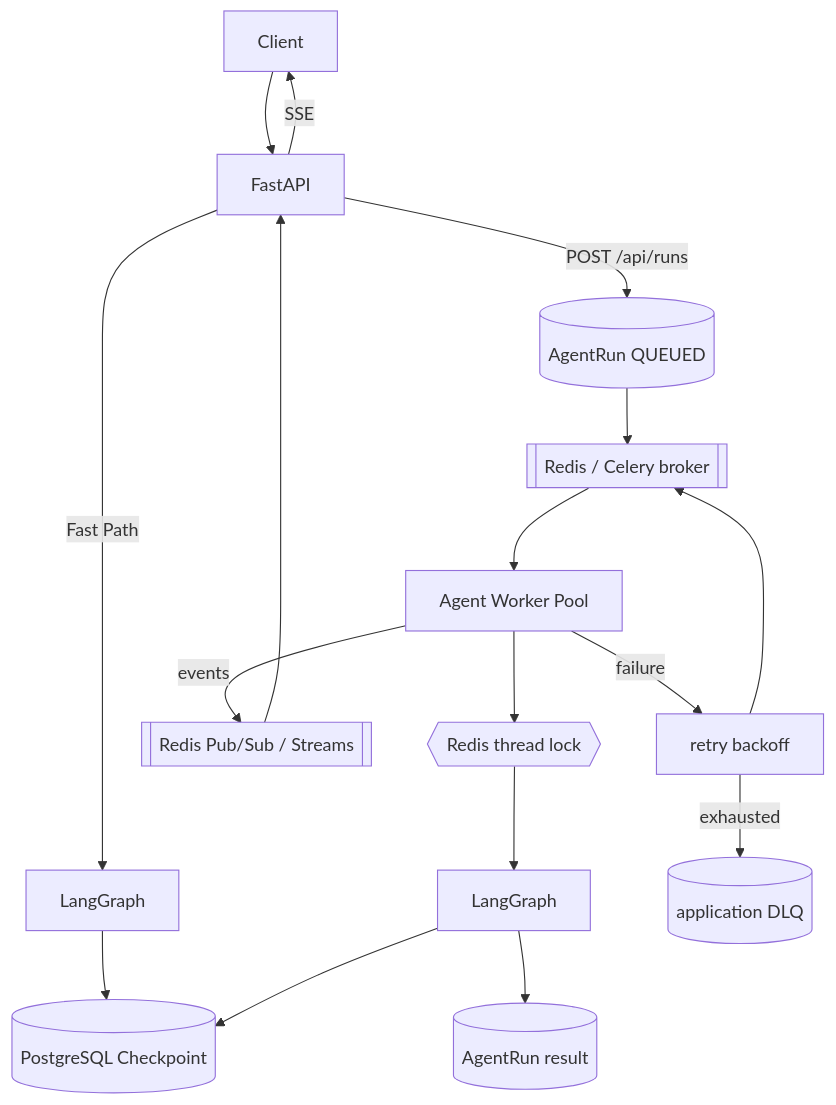
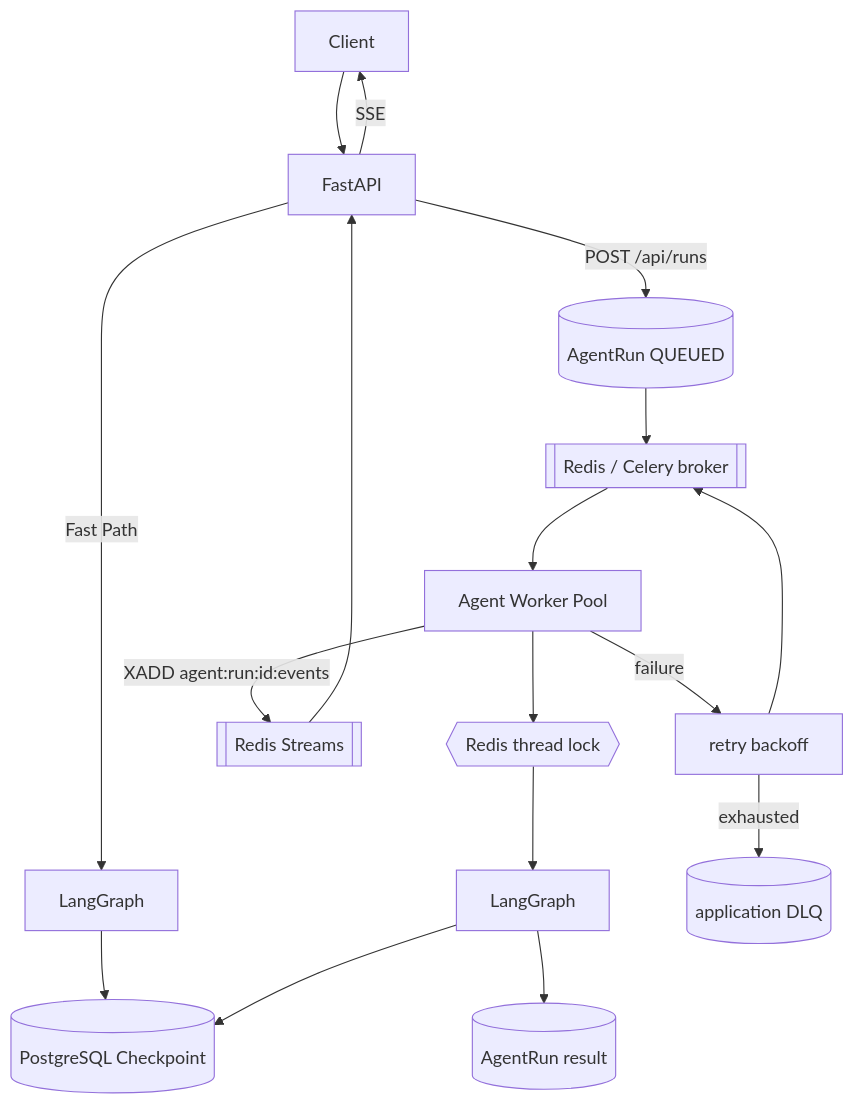
Before and after one commit to Xander-Xai/Customer-Service-AI-Agent: the diagram in docs/design/async-agent-worker-architecture.md, drawn with Mermaid. The commit also changed other lines of this file and 29 other files, not shown here.

````diff
--- a/docs/design/async-agent-worker-architecture.md
+++ b/docs/design/async-agent-worker-architecture.md
@@ -18,16 +25,16 @@
 ```mermaid
 flowchart TD
     C[Client] --> API[FastAPI]
     API -->|Fast Path| LG1[LangGraph] --> CP[(PostgreSQL Checkpoint)]
     API -->|POST /api/runs| RUN[(AgentRun QUEUED)]
     RUN --> Q[[Redis / Celery broker]]
     Q --> POOL[Agent Worker Pool]
     POOL --> LOCK{{Redis thread lock}}
     LOCK --> LG2[LangGraph] --> CP
     LG2 --> RES[(AgentRun result)]
-    POOL -->|events| BUS[[Redis Pub/Sub / Streams]]
+    POOL -->|XADD agent:run:id:events| BUS[[Redis Streams]]
     BUS --> API -->|SSE| C
     POOL -->|failure| RETRY[retry backoff]
     RETRY --> Q
     RETRY -->|exhausted| DLQ[(application DLQ)]
 ```
````
